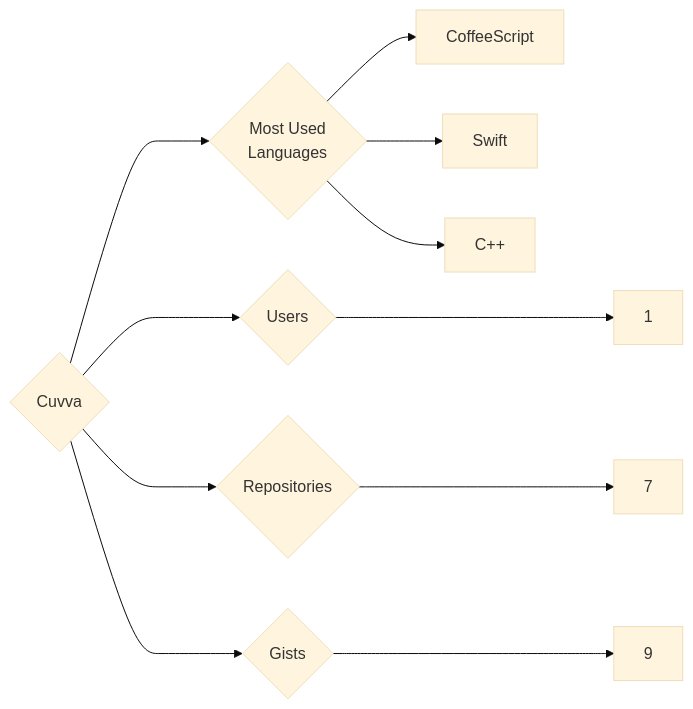
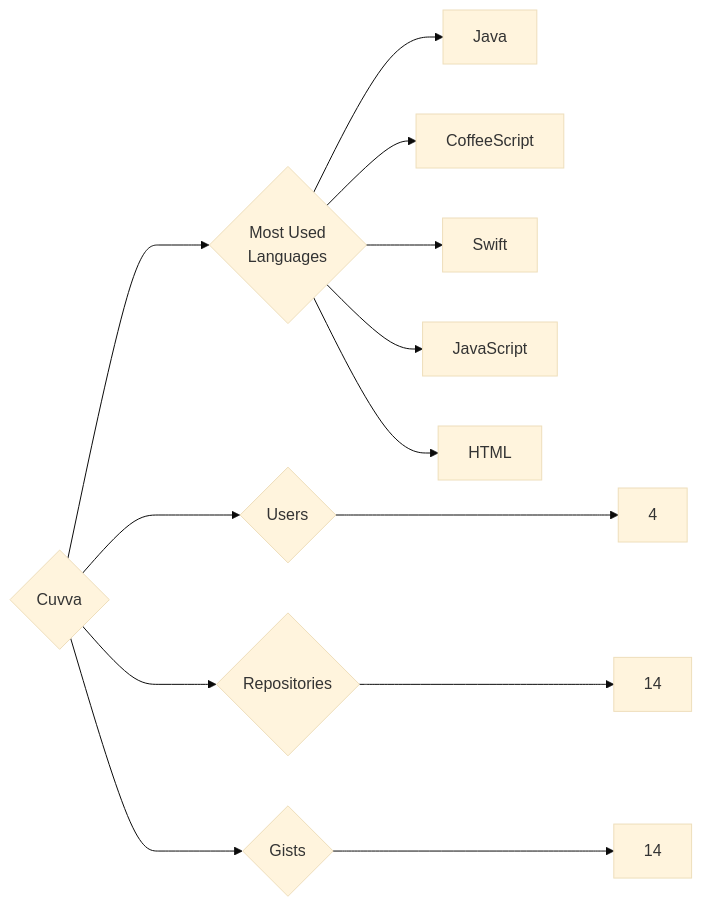
Before and after one commit to trickest/insiders: the diagram in targets/Cuvva/README.md, drawn with Mermaid (base theme). The commit also changed 679 other files, not shown here.

````diff
--- a/targets/Cuvva/README.md
+++ b/targets/Cuvva/README.md
@@ -3,11 +3,13 @@
 ```mermaid
 graph LR
 COMPANY_NAME{Cuvva}
-COMPANY_NAME ---> U{Users} ---> UN[1]
-COMPANY_NAME ---> R{Repositories} ---> RN[7]
-COMPANY_NAME ---> G{Gists} ---> GN[9]
+COMPANY_NAME ---> U{Users} ---> UN[4]
+COMPANY_NAME ---> R{Repositories} ---> RN[14]
+COMPANY_NAME ---> G{Gists} ---> GN[14]
 COMPANY_NAME ---> ML{Most Used<br>Languages}
+ML --> Java[Java]
 ML --> CoffeeScript[CoffeeScript]
 ML --> Swift[Swift]
-ML --> C++[C++]
+ML --> JavaScript[JavaScript]
+ML --> HTML[HTML]
 ```
````
